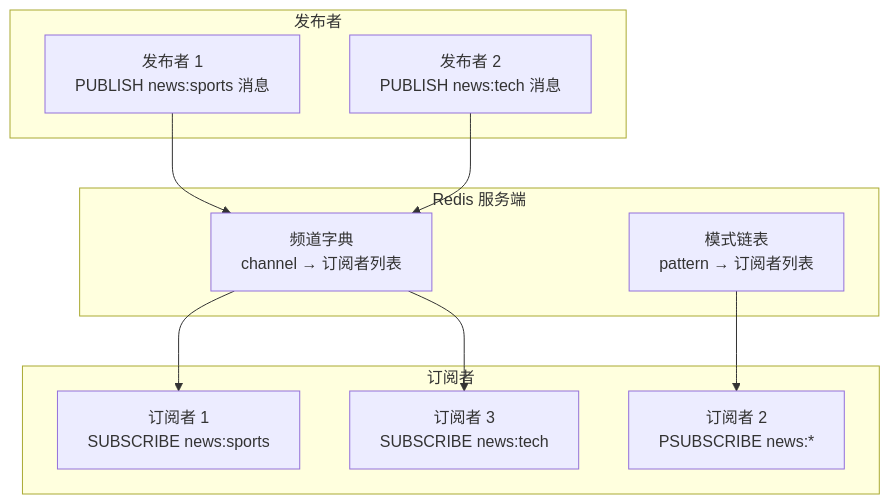
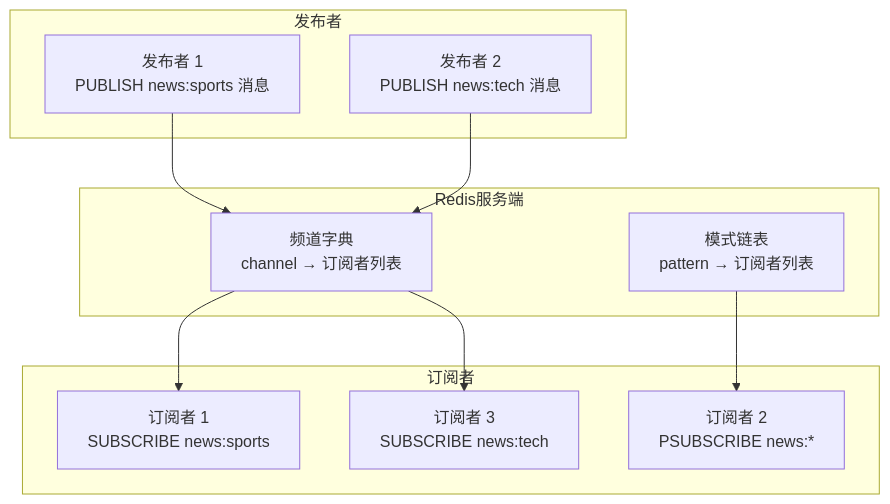
One commit to AH23333/Blog changed diagram 26 of 26 in src/content/philes/volume-1/Java-Backend/Redis深度解析.md. Above: the diagram before and after it, drawn with Mermaid. The commit also changed other lines of this file and 17 other files, not shown here.

Commit message:
修复所有已知bug（mermaid渲染、表格识别），添加错误总结经验，暂时保留测试文件，准备考虑优化性能与重构

````diff
--- a/src/content/philes/volume-1/Java-Backend/Redis深度解析.md
+++ b/src/content/philes/volume-1/Java-Backend/Redis深度解析.md
@@ -2089,24 +2090,24 @@
 ```mermaid
 graph TB
     subgraph 发布者
         P1["发布者 1<br/>PUBLISH news:sports 消息"]
         P2["发布者 2<br/>PUBLISH news:tech 消息"]
     end
 
-    subgraph Redis 服务端
+    subgraph Redis服务端
         CHANNELS["频道字典<br/>channel → 订阅者列表"]
         PATTERNS["模式链表<br/>pattern → 订阅者列表"]
     end
 
     subgraph 订阅者
         S1["订阅者 1<br/>SUBSCRIBE news:sports"]
         S2["订阅者 2<br/>PSUBSCRIBE news:*"]
         S3["订阅者 3<br/>SUBSCRIBE news:tech"]
     end
 
     P1 --> CHANNELS
     P2 --> CHANNELS
     CHANNELS --> S1
     CHANNELS --> S3
     PATTERNS --> S2
 ```
````
